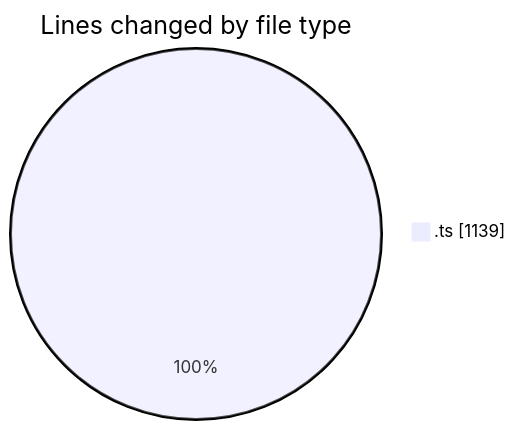
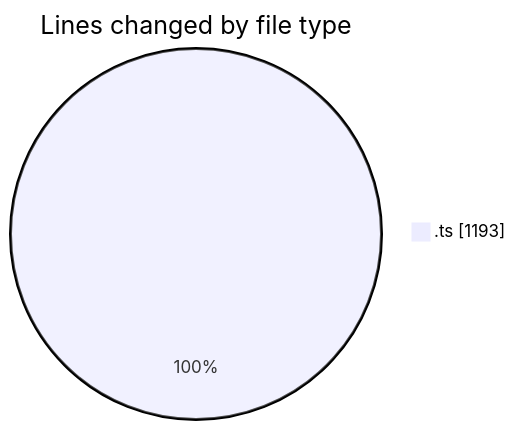
The first of 2 diagrams in 2025-06-24/cda/README.md (momahboobian/code-tracking), drawn with Mermaid before and after one commit. The commit also changed other lines of this file and 1 other file, not shown here.

````diff
--- a/2025-06-24/cda/README.md
+++ b/2025-06-24/cda/README.md
@@ -20,5 +21,5 @@
 ```mermaid
 pie showData
 title Lines changed by file type
-".ts" : 1139
+".ts" : 1193
 ```
````
